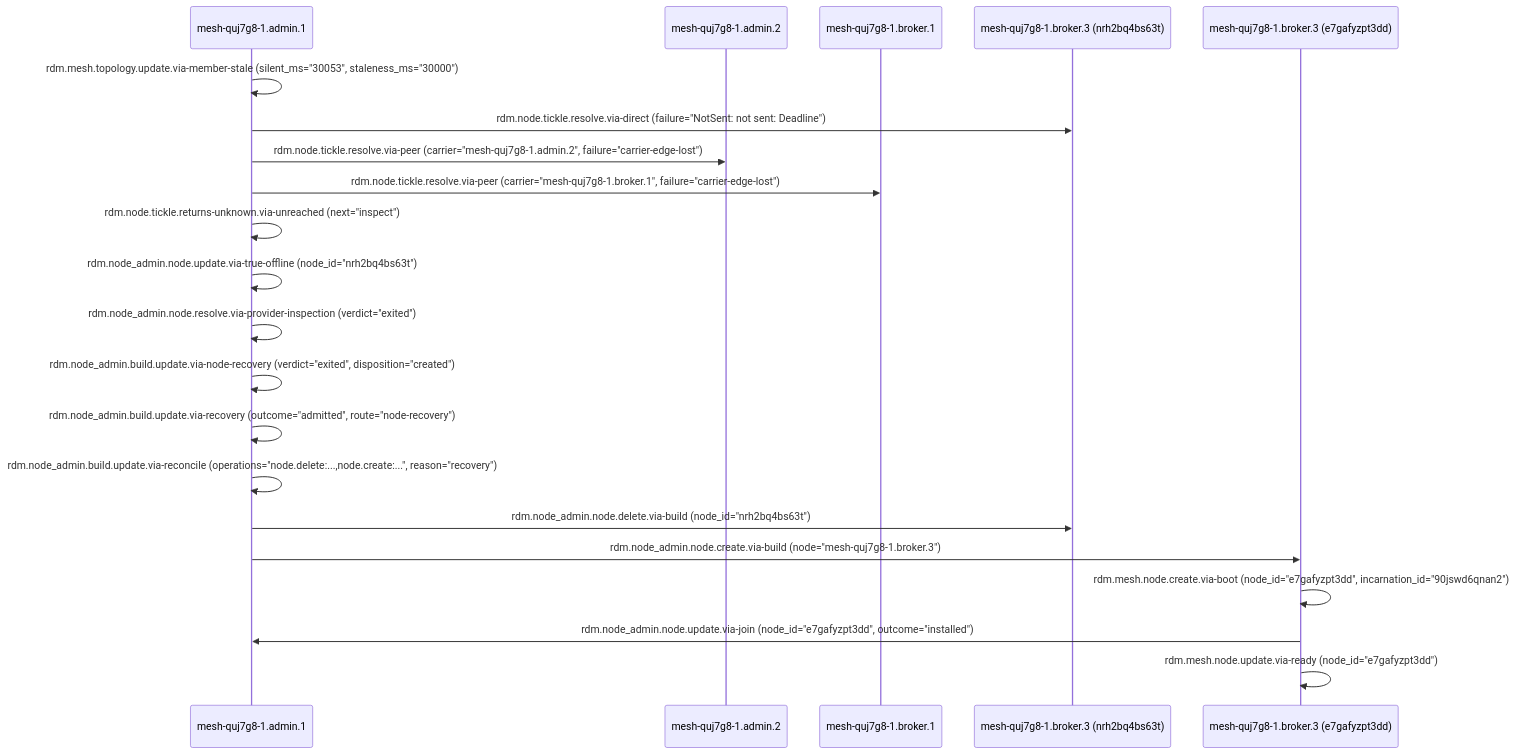
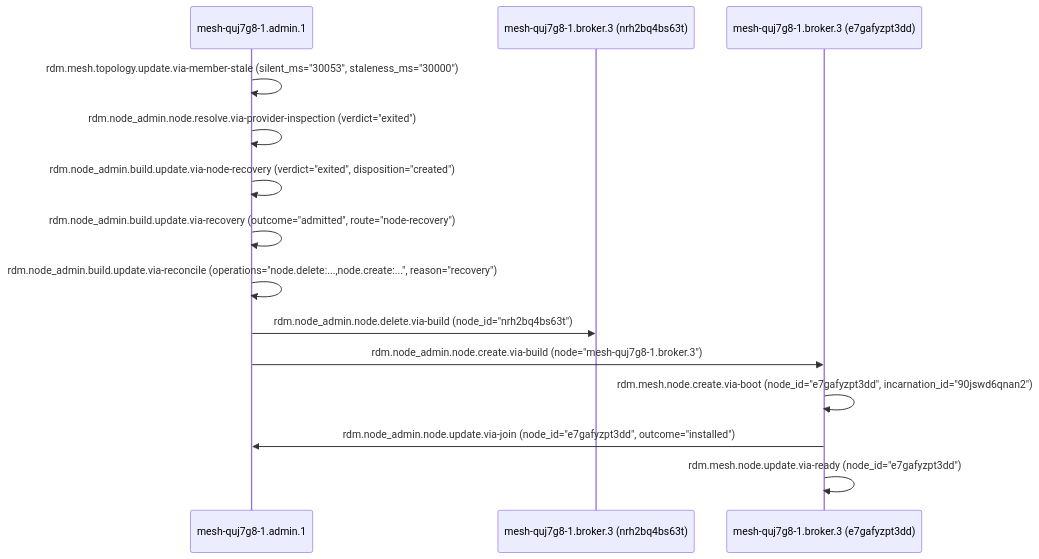
The third of 4 diagrams in docs/eng/tour.md (drlukeangel/rust-distributed-mesh), drawn with Mermaid before and after one commit. The commit also changed other lines of this file, not shown here.

Commit message:
docs(tour): walkthrough 3's investigation reads node.runtime.inspect first, exited is the verdict and no tickle is sent (node-investigation.md, Q273)

````diff
--- a/docs/eng/tour.md
+++ b/docs/eng/tour.md
@@ -278,24 +271,17 @@
 ```mermaid
 sequenceDiagram
     participant A1 as mesh-quj7g8-1.admin.1
-    participant A2 as mesh-quj7g8-1.admin.2
-    participant B1 as mesh-quj7g8-1.broker.1
     participant B3_old as mesh-quj7g8-1.broker.3 (nrh2bq4bs63t)
     participant B3_new as mesh-quj7g8-1.broker.3 (e7gafyzpt3dd)
 
     A1->>A1: rdm.mesh.topology.update.via-member-stale (silent_ms="30053", staleness_ms="30000")
-    A1->>B3_old: rdm.node.tickle.resolve.via-direct (failure="NotSent: not sent: Deadline")
-    A1->>A2: rdm.node.tickle.resolve.via-peer (carrier="mesh-quj7g8-1.admin.2", failure="carrier-edge-lost")
-    A1->>B1: rdm.node.tickle.resolve.via-peer (carrier="mesh-quj7g8-1.broker.1", failure="carrier-edge-lost")
-    A1->>A1: rdm.node.tickle.returns-unknown.via-unreached (next="inspect")
-    A1->>A1: rdm.node_admin.node.update.via-true-offline (node_id="nrh2bq4bs63t")
     A1->>A1: rdm.node_admin.node.resolve.via-provider-inspection (verdict="exited")
     A1->>A1: rdm.node_admin.build.update.via-node-recovery (verdict="exited", disposition="created")
     A1->>A1: rdm.node_admin.build.update.via-recovery (outcome="admitted", route="node-recovery")
     A1->>A1: rdm.node_admin.build.update.via-reconcile (operations="node.delete:...,node.create:...", reason="recovery")
     A1->>B3_old: rdm.node_admin.node.delete.via-build (node_id="nrh2bq4bs63t")
     A1->>B3_new: rdm.node_admin.node.create.via-build (node="mesh-quj7g8-1.broker.3")
     B3_new->>B3_new: rdm.mesh.node.create.via-boot (node_id="e7gafyzpt3dd", incarnation_id="90jswd6qnan2")
     B3_new->>A1: rdm.node_admin.node.update.via-join (node_id="e7gafyzpt3dd", outcome="installed")
     B3_new->>B3_new: rdm.mesh.node.update.via-ready (node_id="e7gafyzpt3dd")
 ```
````
